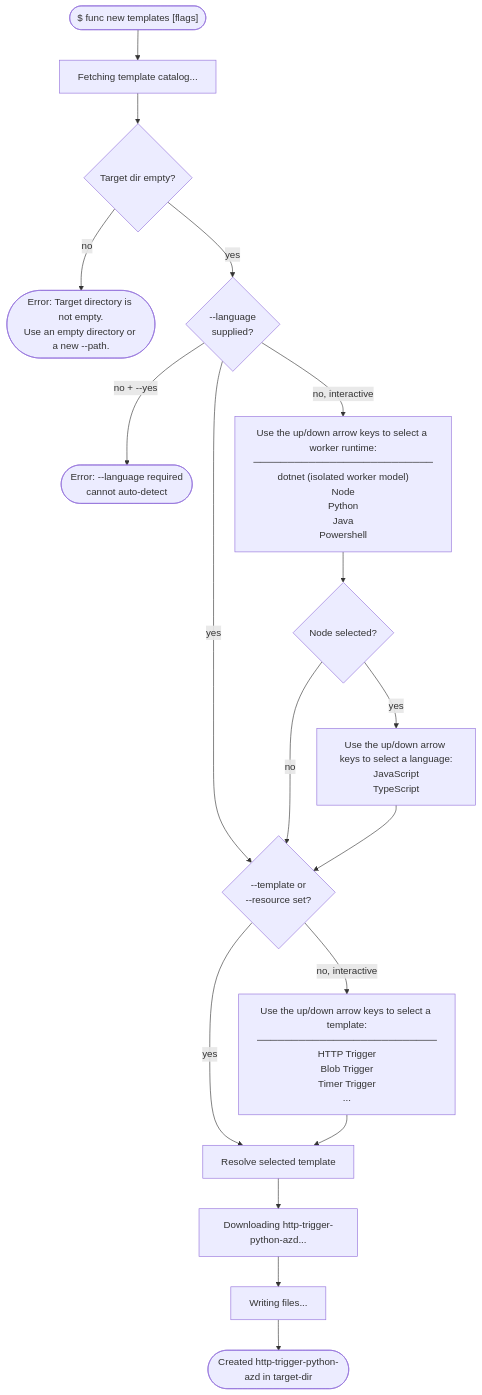
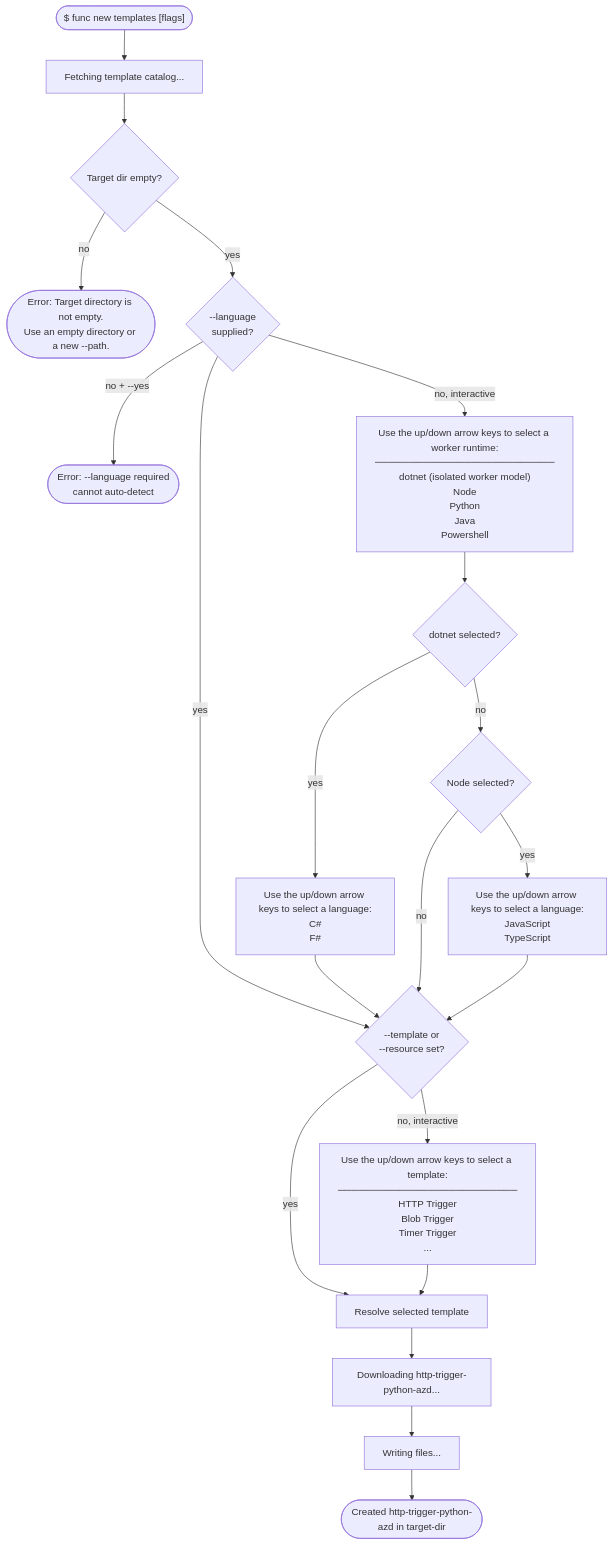
Before and after one commit to Azure/azure-functions-core-tools: the first of 4 diagrams in proposed/templates-e2e.md, drawn with Mermaid. The commit also changed other lines of this file, not shown here.

````diff
--- a/proposed/templates-e2e.md
+++ b/proposed/templates-e2e.md
@@ -349,32 +380,37 @@
 ```mermaid
 flowchart TD
     START(["$ func new templates [flags]"])
     START --> FETCH["Fetching template catalog..."]
 
     FETCH --> DIR_ERR{"Target dir empty?"}
     DIR_ERR -- no --> DERR(["Error: Target directory is not empty.<br/>Use an empty directory or a new --path."])
     DIR_ERR -- yes --> LANG
 
     LANG{"--language<br/>supplied?"}
     LANG -- yes --> TRIG
     LANG -- "no + --yes" --> LERR(["Error: --language required<br/>cannot auto-detect"])
     LANG -- "no, interactive" --> LPROMPT["Use the up/down arrow keys to select a worker runtime:<br/>──────────────────────────<br/>dotnet (isolated worker model)<br/>Node<br/>Python<br/>Java<br/>Powershell"]
 
-    LPROMPT --> NODECHECK{"Node selected?"}
+    LPROMPT --> DOTNETCHECK{"dotnet selected?"}
+    DOTNETCHECK -- yes --> DOTNETPROMPT["Use the up/down arrow keys to select a language:<br/>C#<br/>F#"]
+    DOTNETCHECK -- no --> NODECHECK
+    DOTNETPROMPT --> TRIG
+
+    NODECHECK{"Node selected?"}
     NODECHECK -- yes --> NODEPROMPT["Use the up/down arrow keys to select a language:<br/>JavaScript<br/>TypeScript"]
     NODECHECK -- no --> TRIG
     NODEPROMPT --> TRIG
 
     TRIG{"--template or<br/>--resource set?"}
     TRIG -- yes --> NAME
     TRIG -- "no, interactive" --> TPROMPT["Use the up/down arrow keys to select a template:<br/>──────────────────────────<br/>HTTP Trigger<br/>Blob Trigger<br/>Timer Trigger<br/>..."]
 
     TPROMPT --> NAME
 
     NAME["Resolve selected template"] --> DOWNLOAD
 
     DOWNLOAD["Downloading http-trigger-python-azd..."]
     DOWNLOAD --> WRITE["Writing files..."]
 
     WRITE --> SUCCESS(["Created http-trigger-python-azd in target-dir"])
 ```
````
